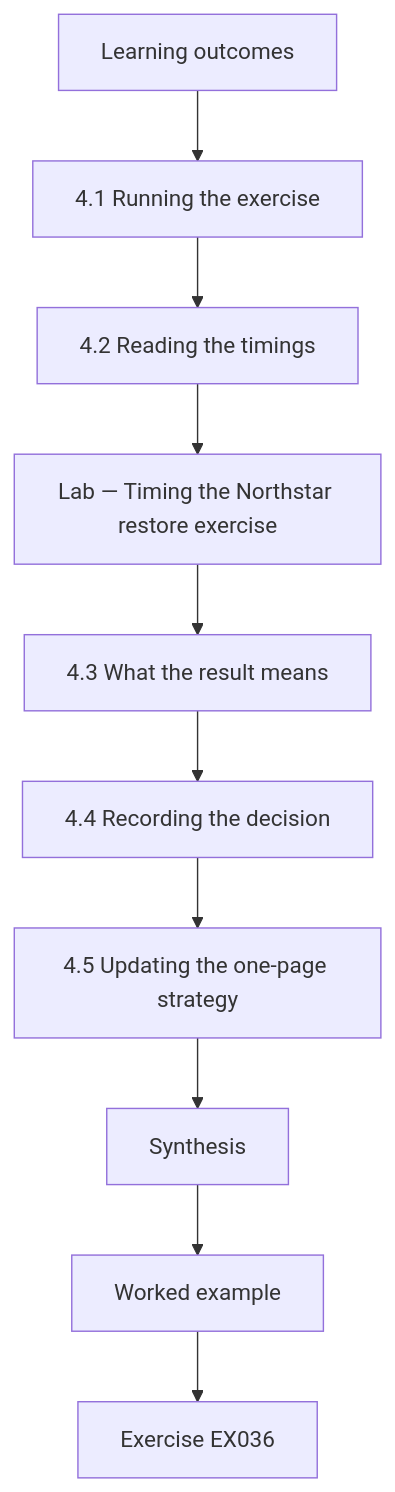
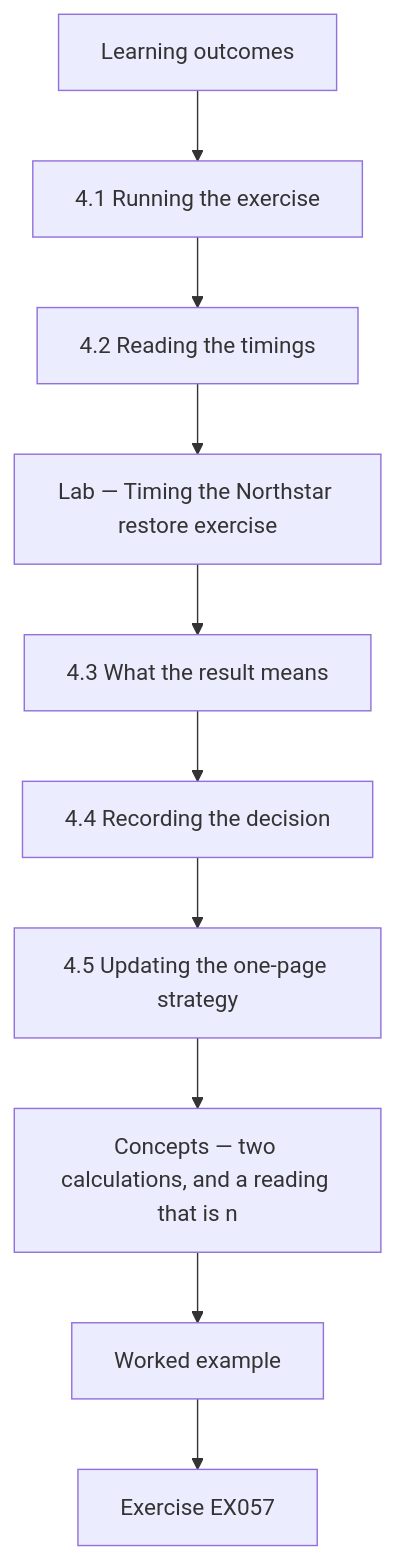
Before and after one commit to hiagokinlevi/CyKin: the tenth of 12 diagrams in levels/rapid-1-month/security-governance-risk-compliance/en/book/MANUSCRIPT.md, drawn with Mermaid. The commit also changed other lines of this file and 1 other file, not shown here.

````diff
--- a/levels/rapid-1-month/security-governance-risk-compliance/en/book/MANUSCRIPT.md
+++ b/levels/rapid-1-month/security-governance-risk-compliance/en/book/MANUSCRIPT.md
@@ -497,14 +632,14 @@
 ```mermaid
 flowchart TD
   N0["Learning outcomes"]
   N1["4.1 Running the exercise"]
   N2["4.2 Reading the timings"]
   N3["Lab — Timing the Northstar restore exercise"]
   N4["4.3 What the result means"]
   N5["4.4 Recording the decision"]
   N6["4.5 Updating the one-page strategy"]
-  N7["Synthesis"]
+  N7["Concepts — two calculations, and a reading that is n"]
   N0 --> N1 --> N2 --> N3 --> N4 --> N5 --> N6 --> N7
   N7 --> EX["Worked example"]
-  EX --> Q["Exercise EX036"]
+  EX --> Q["Exercise EX057"]
 ```
````
